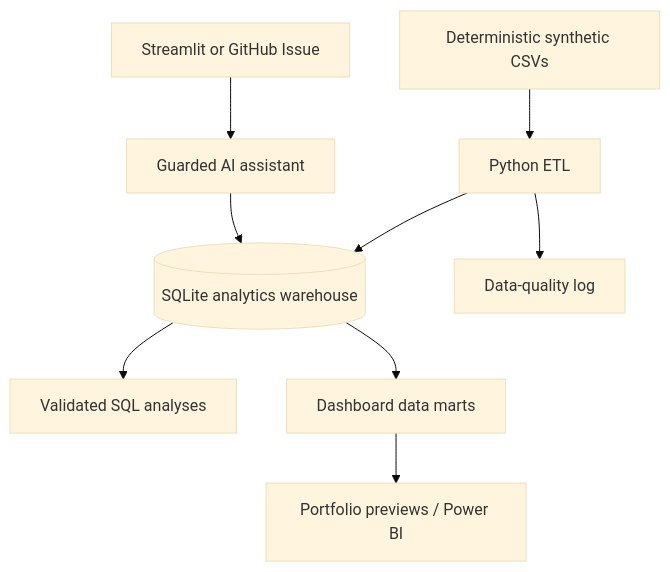
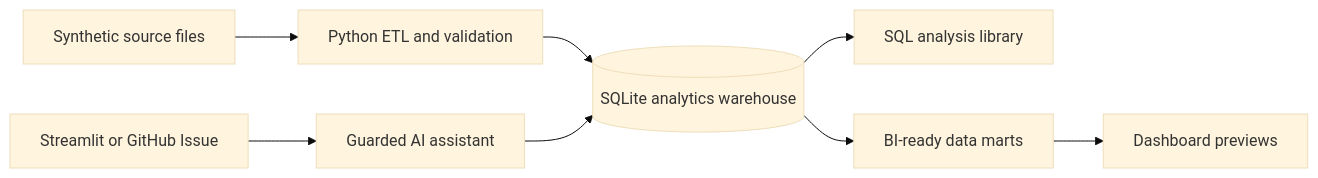
Before and after one commit to raghuvardhan-mutha/healthcare-claims-analytics: the diagram in README.md, drawn with Mermaid (base theme). The commit also changed other lines of this file and 5 other files, not shown here.

````diff
--- a/README.md
+++ b/README.md
@@ -85,11 +56,10 @@
 ```mermaid
-flowchart TD
-    A[Deterministic synthetic CSVs] --> B[Python ETL]
-    B --> C[(SQLite analytics warehouse)]
-    C --> D[Validated SQL analyses]
-    C --> E[Dashboard data marts]
-    E --> F[Portfolio previews / Power BI]
-    B --> G[Data-quality log]
-    H[Streamlit or GitHub Issue] --> I[Guarded AI assistant]
-    I --> C
+flowchart LR
+    A["Synthetic source files"] --> B["Python ETL and validation"]
+    B --> C[("SQLite analytics warehouse")]
+    C --> D["SQL analysis library"]
+    C --> E["BI-ready data marts"]
+    E --> F["Dashboard previews"]
+    G["Streamlit or GitHub Issue"] --> H["Guarded AI assistant"]
+    H --> C
 ```
````
